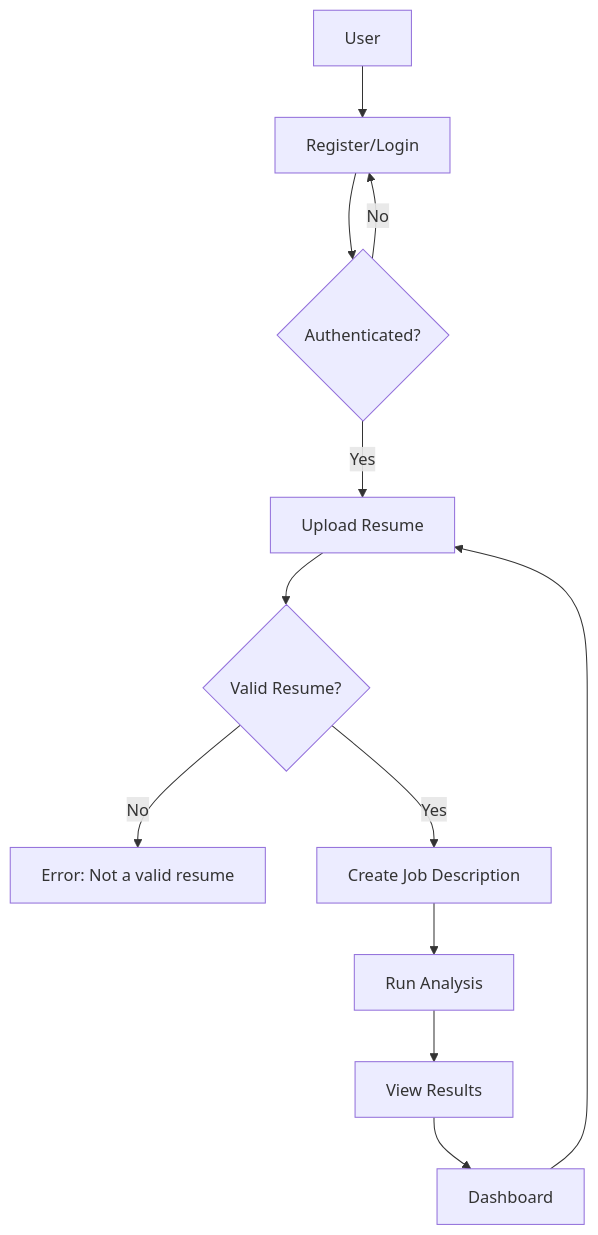
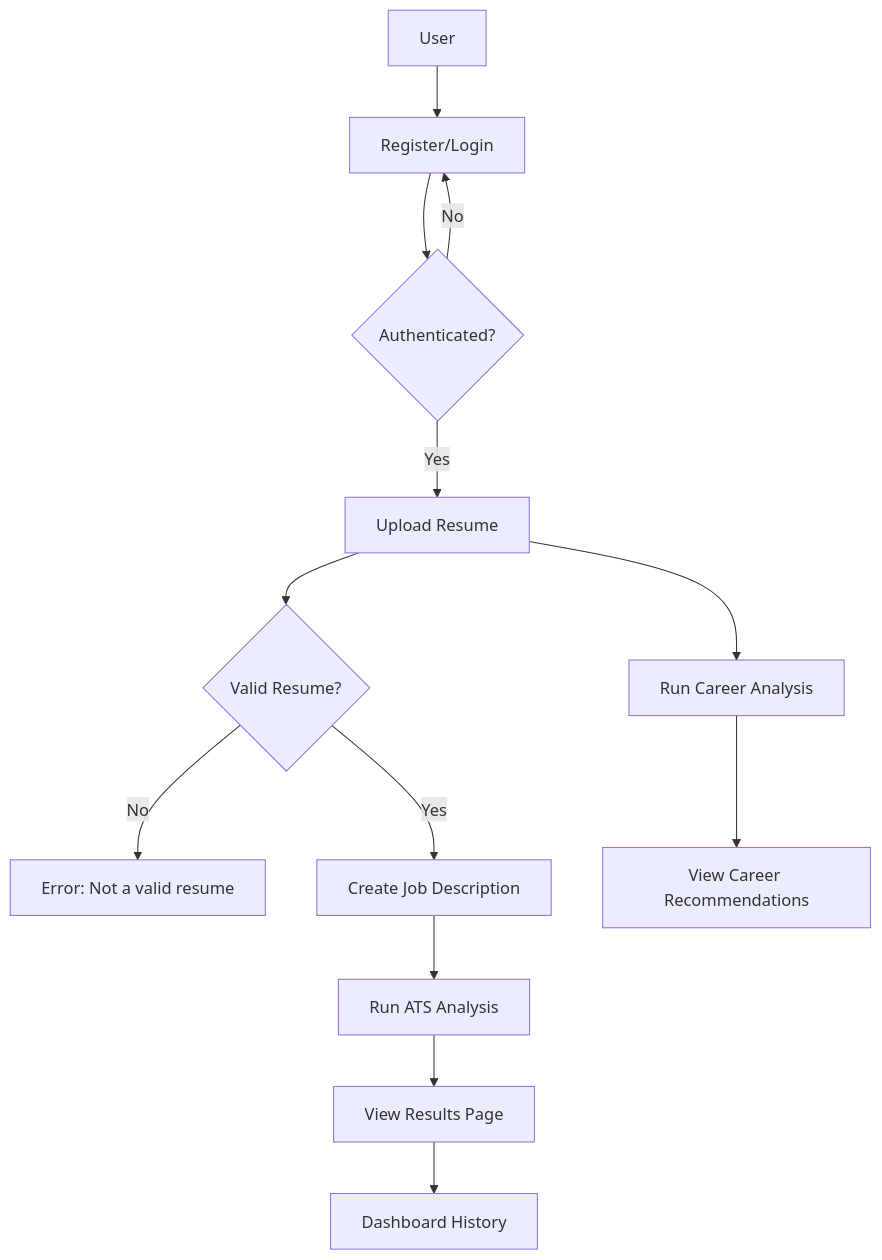
Before and after one commit to LAIBAASIM555/AI-powered-Resume-Optimization-and-Job-Description-Alignment-SaaS-Application: the second of 2 diagrams in Docs/API.md, drawn with Mermaid. The commit also changed other lines of this file and 6 other files, not shown here.

Commit message:
Fix: Register career router in API; Rewrite all Docs with accurate project analysis

````diff
--- a/Docs/API.md
+++ b/Docs/API.md
@@ -505,14 +617,15 @@
 ```mermaid
 flowchart TD
     A[User] --> B[Register/Login]
     B --> C{Authenticated?}
     C -->|No| B
     C -->|Yes| D[Upload Resume]
     D --> E{Valid Resume?}
     E -->|No| F[Error: Not a valid resume]
     E -->|Yes| G[Create Job Description]
-    G --> H[Run Analysis]
-    H --> I[View Results]
-    I --> J[Dashboard]
-    J --> D
+    G --> H[Run ATS Analysis]
+    H --> I[View Results Page]
+    I --> J[Dashboard History]
+    D --> K[Run Career Analysis]
+    K --> L[View Career Recommendations]
 ```
````
